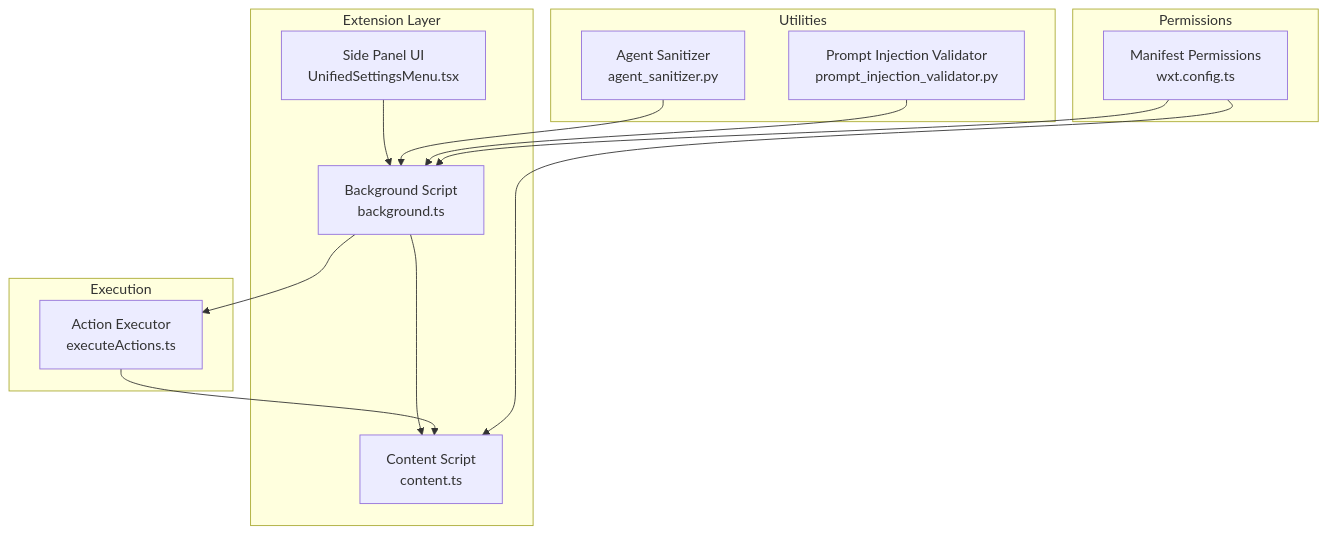
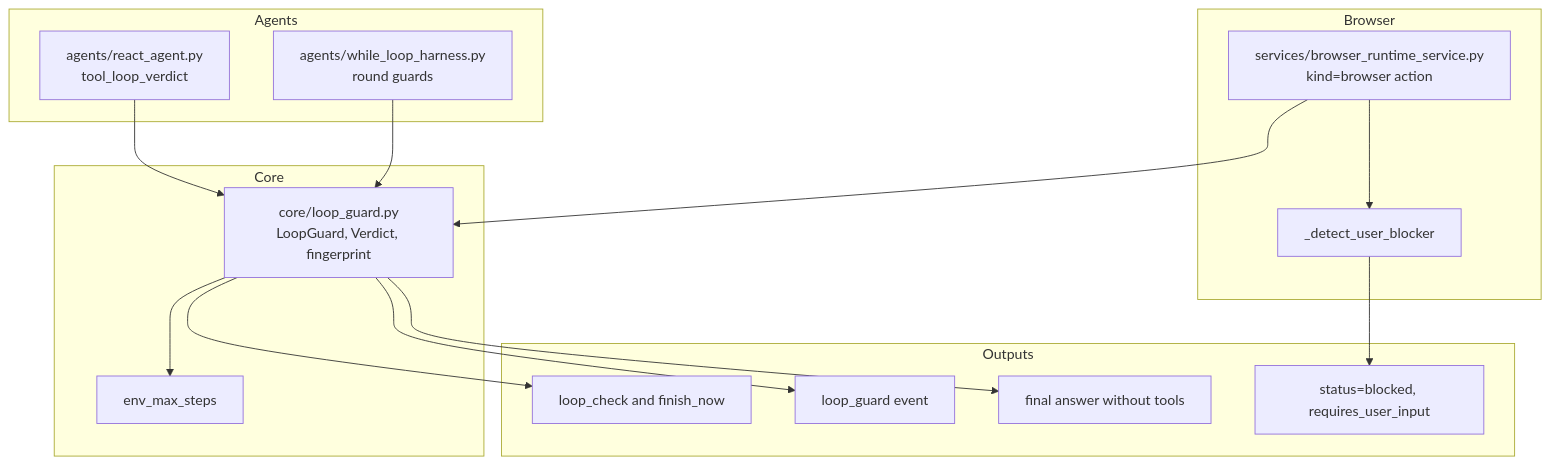
One commit to tashifkhan/tashif.codes changed the first of 6 diagrams in src/data/docs/agentic-browser/Browser Automation/Security and Safety Mechanisms.md. Above: the diagram before and after it, drawn with Mermaid. The commit also changed other lines of this file and 114 other files, not shown here.

````diff
--- a/src/data/docs/agentic-browser/Browser Automation/Security and Safety Mechanisms.md
+++ b/src/data/docs/agentic-browser/Browser Automation/Security and Safety Mechanisms.md
@@ -12,26 +19,30 @@
 ```mermaid
 graph TB
-subgraph "Extension Layer"
-BG["Background Script<br/>background.ts"]
-CS["Content Script<br/>content.ts"]
-UI["Side Panel UI<br/>UnifiedSettingsMenu.tsx"]
-end
-subgraph "Utilities"
-SAN["Agent Sanitizer<br/>agent_sanitizer.py"]
-PINJ["Prompt Injection Validator<br/>prompt_injection_validator.py"]
-end
-subgraph "Execution"
-EXE["Action Executor<br/>executeActions.ts"]
-end
-subgraph "Permissions"
-CFG["Manifest Permissions<br/>wxt.config.ts"]
-end
-BG --> CS
-BG --> EXE
-EXE --> CS
-UI --> BG
-SAN --> BG
-PINJ --> BG
-CFG --> BG
-CFG --> CS
+  subgraph Core
+    Guard["core/loop_guard.py<br/>LoopGuard, Verdict, fingerprint"]
+    Env["env_max_steps"]
+  end
+  subgraph Browser
+    Runtime["services/browser_runtime_service.py<br/>kind=browser action"]
+    Blocker["_detect_user_blocker"]
+  end
+  subgraph Agents
+    React["agents/react_agent.py<br/>tool_loop_verdict"]
+    Harness["agents/while_loop_harness.py<br/>round guards"]
+  end
+  subgraph Outputs
+    Prompt["loop_check and finish_now"]
+    Event["loop_guard event"]
+    Stop["final answer without tools"]
+    Blocked["status=blocked, requires_user_input"]
+  end
+  Guard --> Env
+  Runtime --> Guard
+  Runtime --> Blocker
+  React --> Guard
+  Harness --> Guard
+  Guard --> Prompt
+  Guard --> Event
+  Guard --> Stop
+  Blocker --> Blocked
 ```
````
